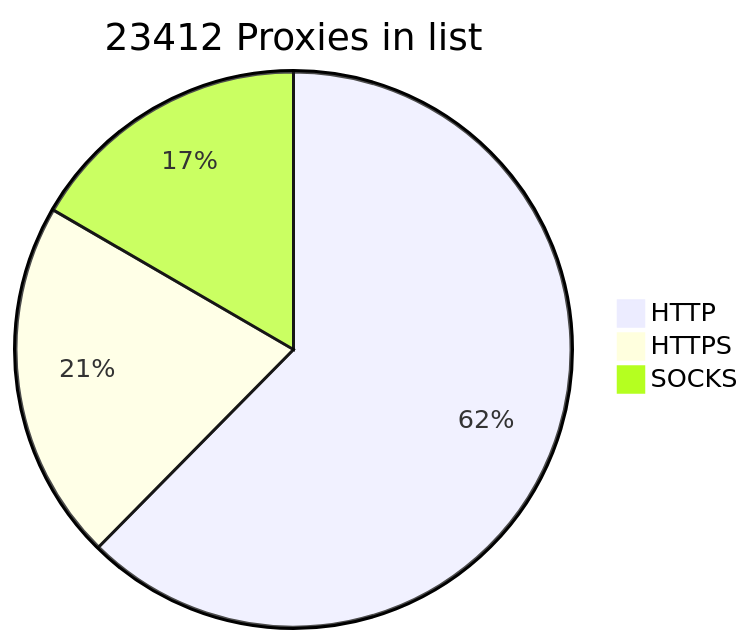
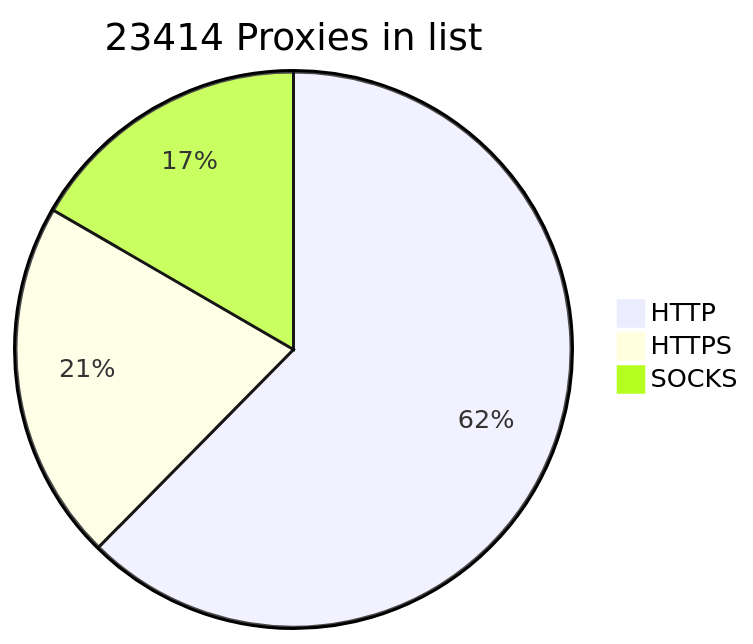
One commit to BlackSnowDot/proxylist-update-every-minute changed the diagram in README.md. Above: the diagram before and after it, drawn with Mermaid.

````diff
--- a/README.md
+++ b/README.md
@@ -2,6 +2,6 @@
 ```mermaid
-pie title 23412 Proxies in list
+pie title 23414 Proxies in list
     "HTTP" : 16754
     "HTTPS": 5635
-    "SOCKS" : 4464
+    "SOCKS" : 4466
 ```
````
